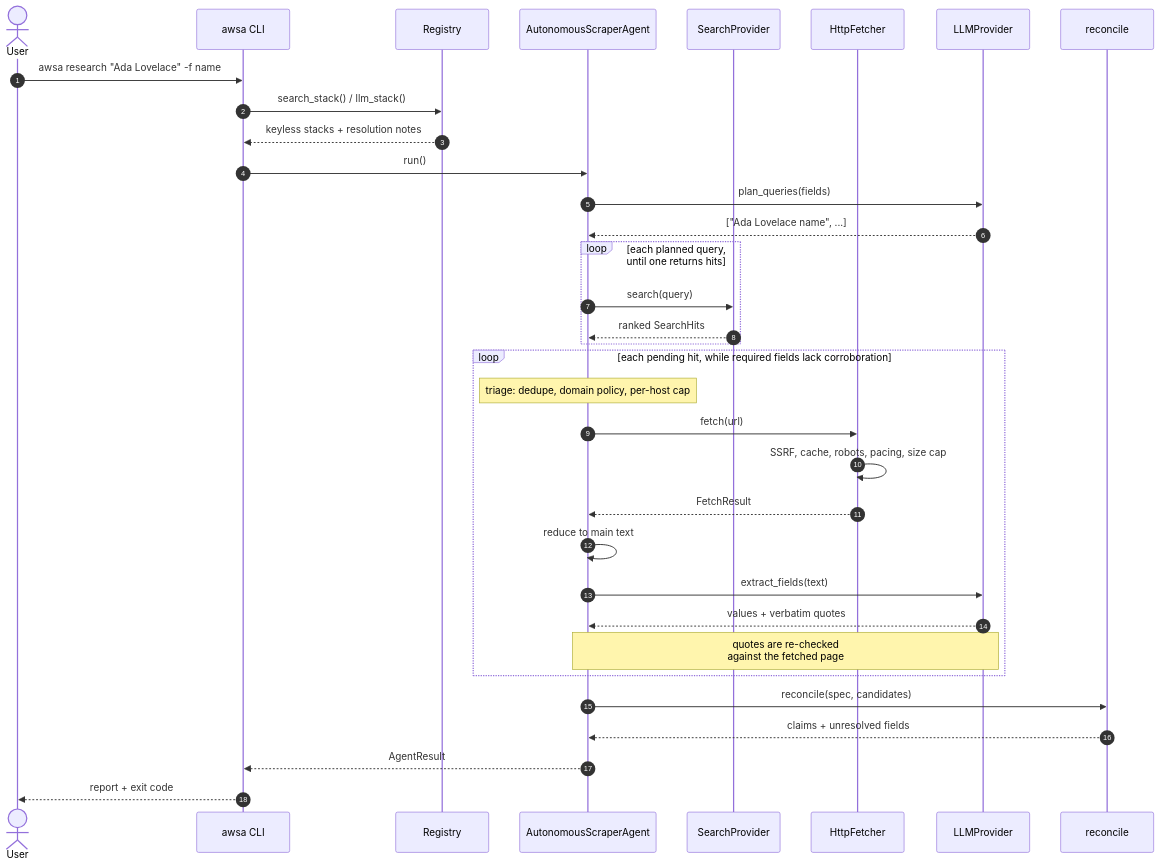
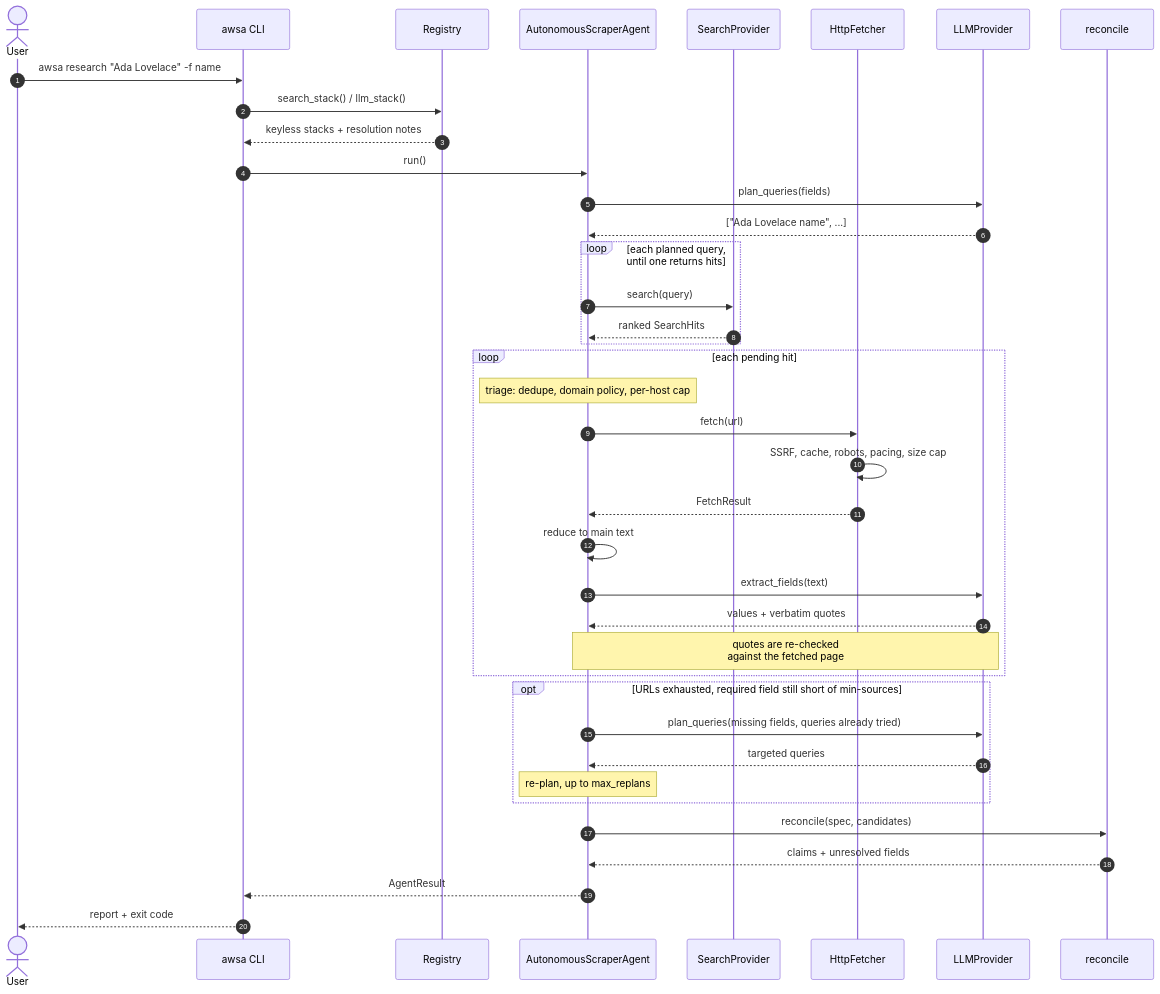
The fourth of 5 diagrams in README.md (ogc16/web-scraper), drawn with Mermaid before and after one commit. The commit also changed other lines of this file and 7 other files, not shown here.

First line of the commit message:
feat: re-plan when fields stay uncorroborated

````diff
--- a/README.md
+++ b/README.md
@@ -339,40 +347,46 @@
 ```mermaid
 sequenceDiagram
     autonumber
     actor User
     participant CLI as awsa CLI
     participant Reg as Registry
     participant Agent as AutonomousScraperAgent
     participant SR as SearchProvider
     participant F as HttpFetcher
     participant L as LLMProvider
     participant V as reconcile
 
     User->>CLI: awsa research "Ada Lovelace" -f name
     CLI->>Reg: search_stack() / llm_stack()
     Reg-->>CLI: keyless stacks + resolution notes
     CLI->>Agent: run()
     Agent->>L: plan_queries(fields)
     L-->>Agent: ["Ada Lovelace name", ...]
 
     loop each planned query, until one returns hits
         Agent->>SR: search(query)
         SR-->>Agent: ranked SearchHits
     end
 
-    loop each pending hit, while required fields lack corroboration
+    loop each pending hit
         Note over Agent: triage: dedupe, domain policy, per-host cap
         Agent->>F: fetch(url)
         F->>F: SSRF, cache, robots, pacing, size cap
         F-->>Agent: FetchResult
         Agent->>Agent: reduce to main text
         Agent->>L: extract_fields(text)
         L-->>Agent: values + verbatim quotes
         Note over Agent,L: quotes are re-checked<br/>against the fetched page
     end
 
+    opt URLs exhausted, required field still short of min-sources
+        Agent->>L: plan_queries(missing fields, queries already tried)
+        L-->>Agent: targeted queries
+        Note over Agent: re-plan, up to max_replans
+    end
+
     Agent->>V: reconcile(spec, candidates)
     V-->>Agent: claims + unresolved fields
     Agent-->>CLI: AgentResult
     CLI-->>User: report + exit code
 ```
````
